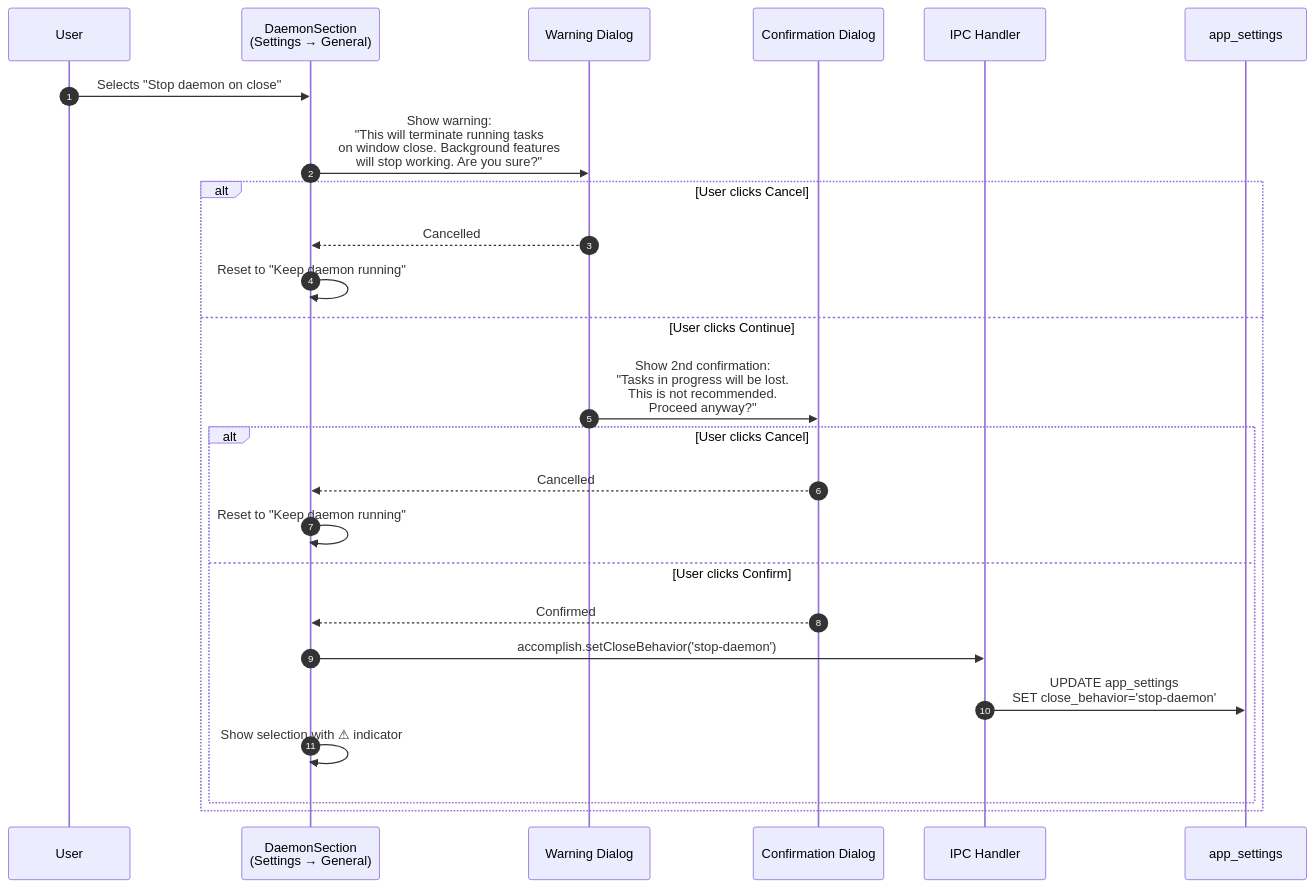
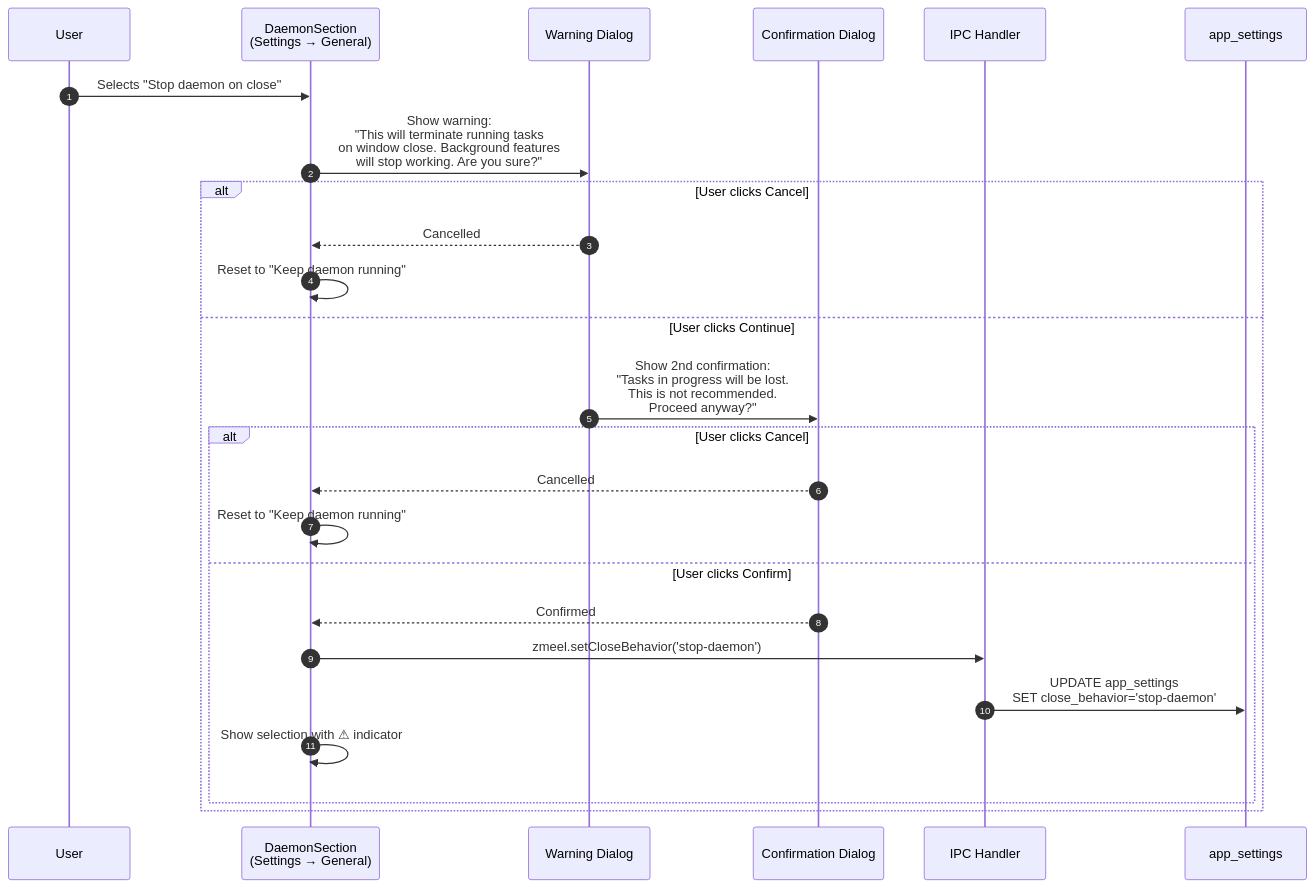
One commit to samskipsai/zmeelv60 changed diagram 11 of 13 in docs/daemon-final-architecture.md. Above: the diagram before and after it, drawn with Mermaid. The commit also changed other lines of this file and 520 other files, not shown here.

First line of the commit message:
rebrand: Accomplish -> Zmeel Desktop

````diff
--- a/docs/daemon-final-architecture.md
+++ b/docs/daemon-final-architecture.md
@@ -672,29 +672,29 @@
 ```mermaid
 sequenceDiagram
     autonumber
     participant User
     participant UI as DaemonSection<br/>(Settings → General)
     participant Dialog1 as Warning Dialog
     participant Dialog2 as Confirmation Dialog
     participant IPC as IPC Handler
     participant DB as app_settings
 
     User->>UI: Selects "Stop daemon on close"
     UI->>Dialog1: Show warning:<br/>"This will terminate running tasks<br/>on window close. Background features<br/>will stop working. Are you sure?"
 
     alt User clicks Cancel
         Dialog1-->>UI: Cancelled
         UI->>UI: Reset to "Keep daemon running"
     else User clicks Continue
         Dialog1->>Dialog2: Show 2nd confirmation:<br/>"Tasks in progress will be lost.<br/>This is not recommended.<br/>Proceed anyway?"
         alt User clicks Cancel
             Dialog2-->>UI: Cancelled
             UI->>UI: Reset to "Keep daemon running"
         else User clicks Confirm
             Dialog2-->>UI: Confirmed
-            UI->>IPC: accomplish.setCloseBehavior('stop-daemon')
+            UI->>IPC: zmeel.setCloseBehavior('stop-daemon')
             IPC->>DB: UPDATE app_settings<br/>SET close_behavior='stop-daemon'
             UI->>UI: Show selection with ⚠ indicator
         end
     end
 ```
````
